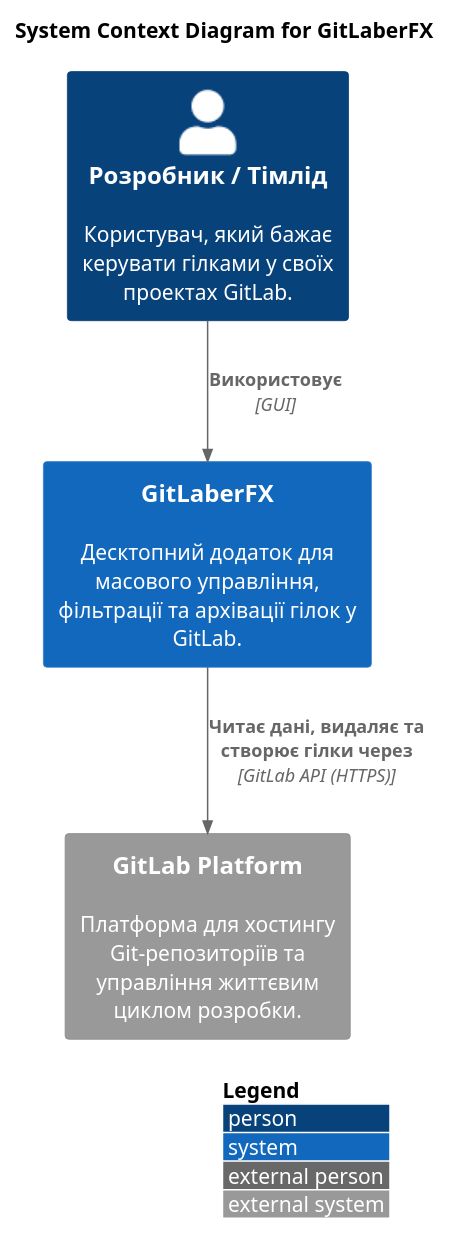
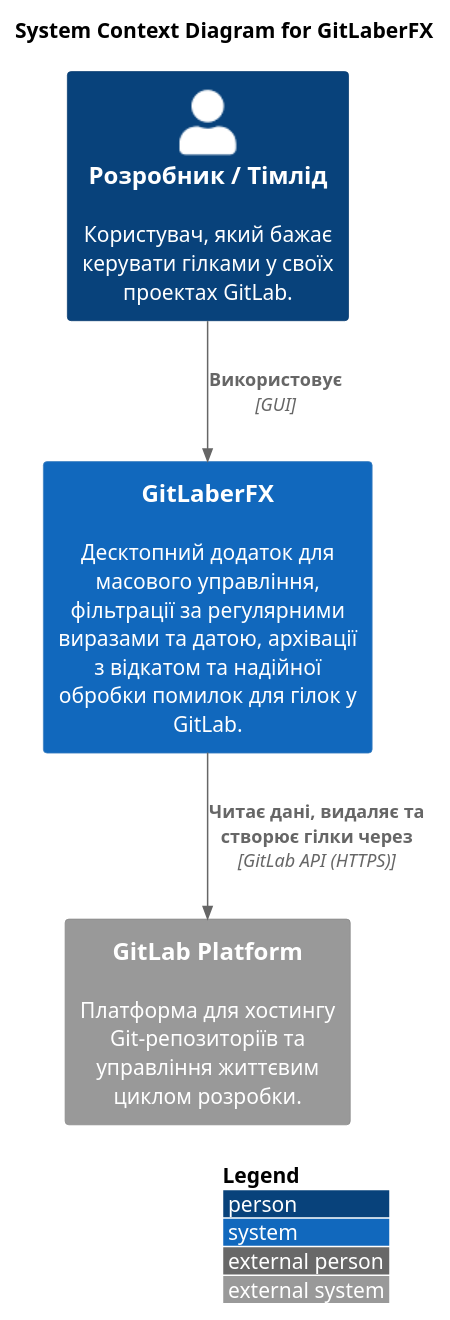
Before and after one commit to pashkazp/gitlaberfx: the diagram in src/main/docs/C4_context.puml, drawn with PlantUML. The commit also changed 10 other files, not shown here.

```diff
--- a/src/main/docs/C4_context.puml
+++ b/src/main/docs/C4_context.puml
@@ -1,16 +1,16 @@
 @startuml
 !include <C4/C4_Context>
 
 LAYOUT_WITH_LEGEND()
 
 title System Context Diagram for GitLaberFX
 
 Person(user, "Розробник / Тімлід", "Користувач, який бажає керувати гілками у своїх проектах GitLab.")
 System_Ext(gitlab, "GitLab Platform", "Платформа для хостингу Git-репозиторіїв та управління життєвим циклом розробки.")
 
-System(gitlaberfx, "GitLaberFX", "Десктопний додаток для масового управління, фільтрації та архівації гілок у GitLab.")
+System(gitlaberfx, "GitLaberFX", "Десктопний додаток для масового управління, фільтрації за регулярними виразами та датою, архівації з відкатом та надійної обробки помилок для гілок у GitLab.")
 
 Rel(user, gitlaberfx, "Використовує", "GUI")
 Rel(gitlaberfx, gitlab, "Читає дані, видаляє та створює гілки через", "GitLab API (HTTPS)")
 
 @enduml
```
